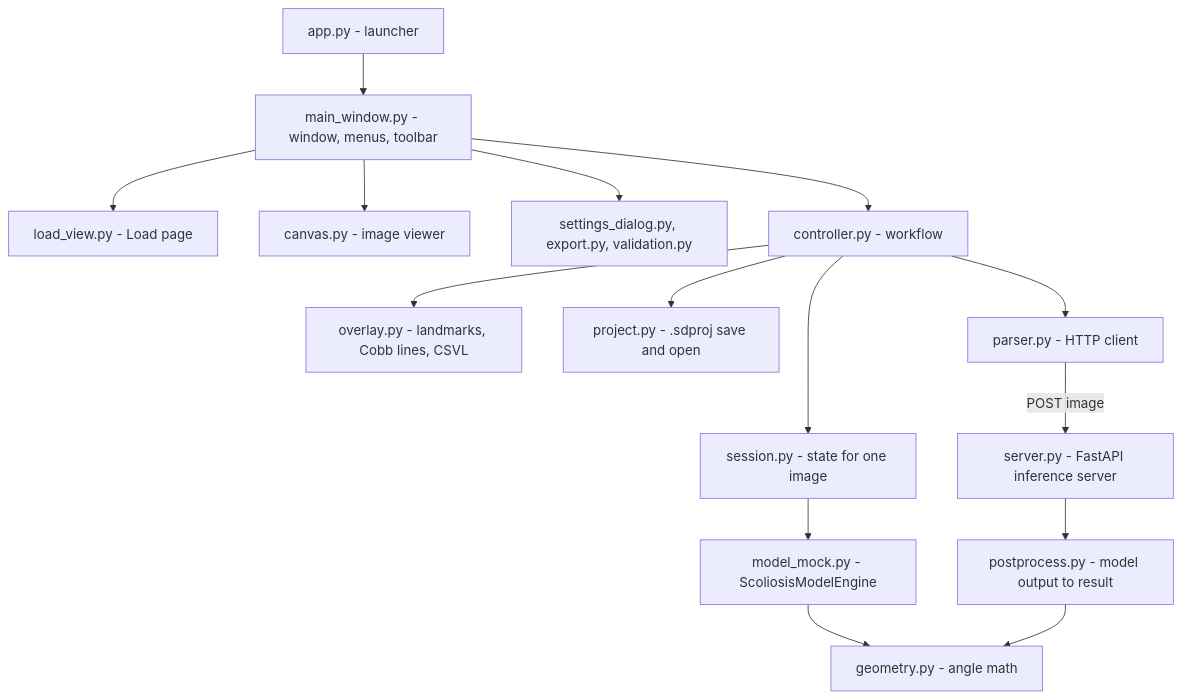
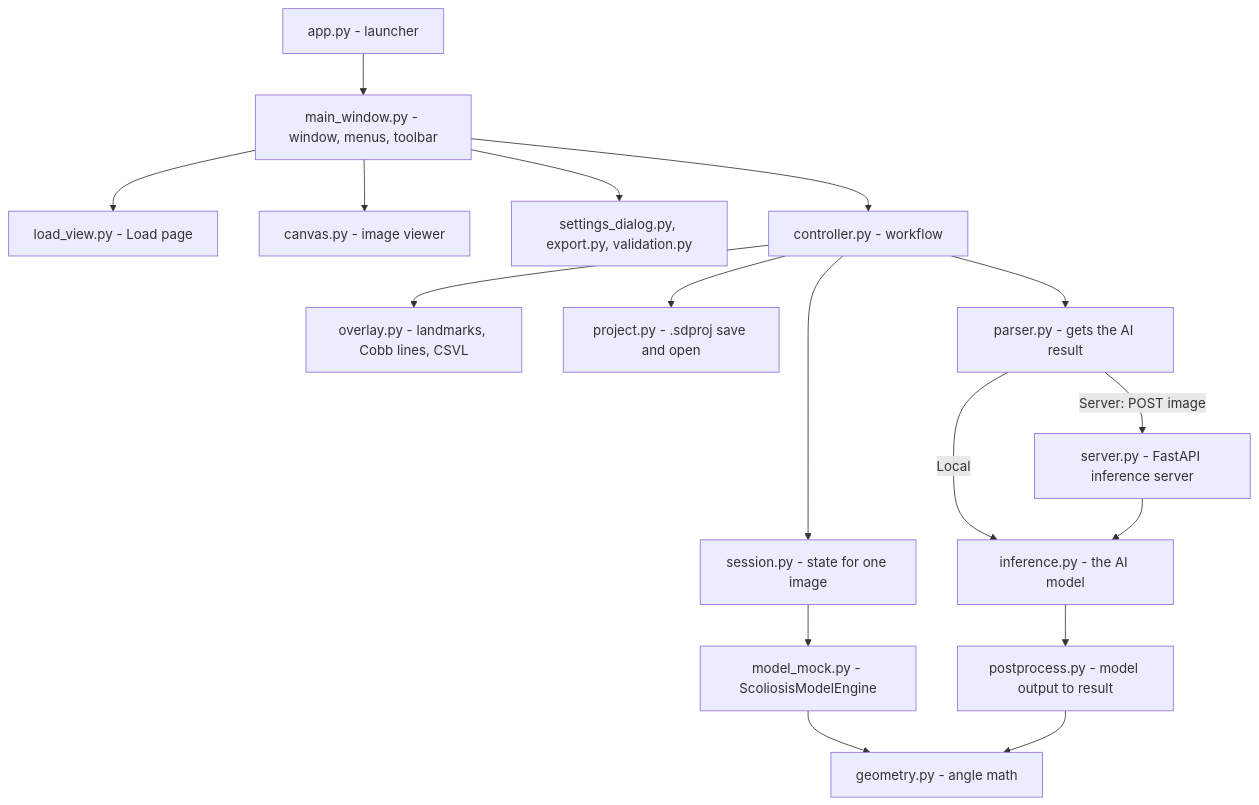
Before and after one commit to reerooryu/scoliosis_detection_ui: the diagram in README.md, drawn with Mermaid. The commit also changed other lines of this file, not shown here.

Commit message:
docs: explain Local and Server modes, tester downloads and how to make a release

````diff
--- a/README.md
+++ b/README.md
@@ -212,17 +219,19 @@
 ```mermaid
 graph TD
     App["app.py - launcher"] --> Main["main_window.py - window, menus, toolbar"]
     Main --> Load["load_view.py - Load page"]
     Main --> Canvas["canvas.py - image viewer"]
     Main --> Dialogs["settings_dialog.py, export.py, validation.py"]
     Main --> Controller["controller.py - workflow"]
     Controller --> Session["session.py - state for one image"]
     Controller --> Overlay["overlay.py - landmarks, Cobb lines, CSVL"]
     Controller --> Project["project.py - .sdproj save and open"]
-    Controller --> Parser["parser.py - HTTP client"]
+    Controller --> Parser["parser.py - gets the AI result"]
     Session --> Engine["model_mock.py - ScoliosisModelEngine"]
     Engine --> Geometry["geometry.py - angle math"]
-    Parser -->|POST image| Server["server.py - FastAPI inference server"]
-    Server --> Post["postprocess.py - model output to result"]
+    Parser -->|Local| Inference["inference.py - the AI model"]
+    Parser -->|Server: POST image| Server["server.py - FastAPI inference server"]
+    Server --> Inference
+    Inference --> Post["postprocess.py - model output to result"]
     Post --> Geometry
 ```
````
